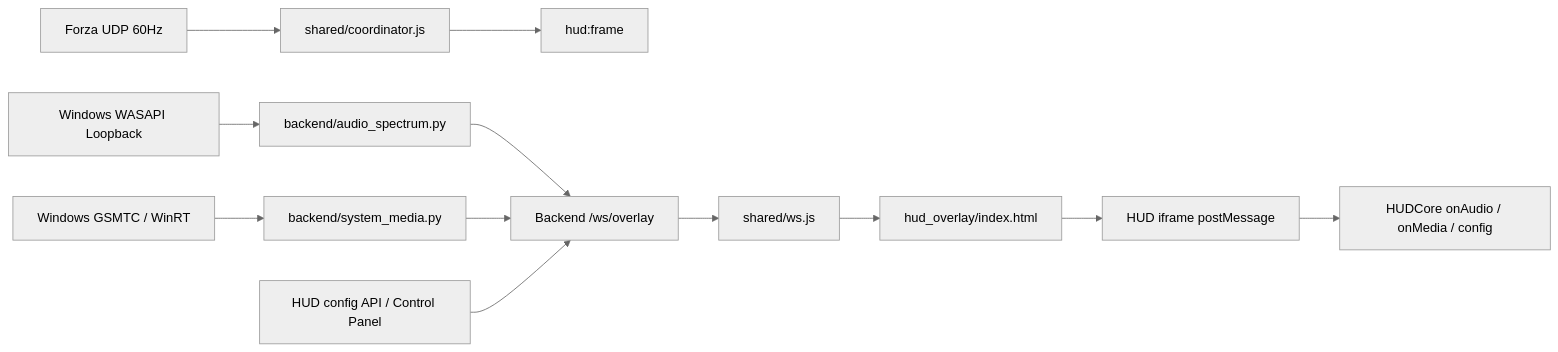
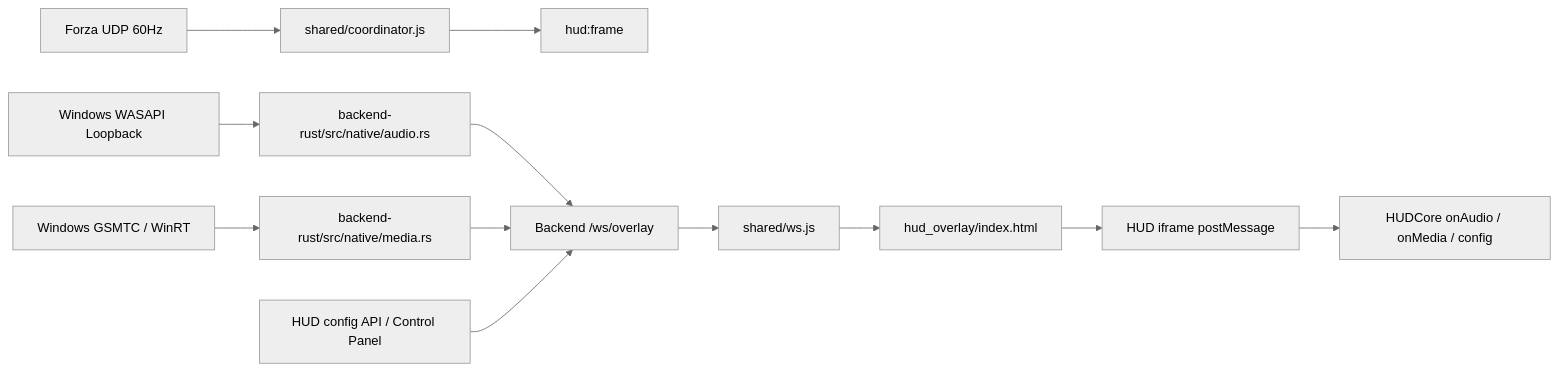
One commit to eddie772tw/FH6-HorizonTuner changed the second of 2 diagrams in hud_overlay/HUD_DEVELOPMENT_GUIDE.md. Above: the diagram before and after it, drawn with Mermaid (neutral theme). The commit also changed other lines of this file and 145 other files, not shown here.

Commit message:
feat(backend): harden Rust parity and retire Python runtime

````diff
--- a/hud_overlay/HUD_DEVELOPMENT_GUIDE.md
+++ b/hud_overlay/HUD_DEVELOPMENT_GUIDE.md
@@ -198,14 +198,14 @@
 ```mermaid
 flowchart LR
     Telemetry[Forza UDP 60Hz] --> Coordinator[shared/coordinator.js]
     Coordinator --> Frame[hud:frame]
-    Audio[Windows WASAPI Loopback] --> AudioService[backend/audio_spectrum.py]
-    Media[Windows GSMTC / WinRT] --> MediaService[backend/system_media.py]
+    Audio[Windows WASAPI Loopback] --> AudioService[backend-rust/src/native/audio.rs]
+    Media[Windows GSMTC / WinRT] --> MediaService[backend-rust/src/native/media.rs]
     AudioService --> OverlayWS[Backend /ws/overlay]
     MediaService --> OverlayWS
     Config[HUD config API / Control Panel] --> OverlayWS
     OverlayWS --> WS[shared/ws.js]
     WS --> Host[hud_overlay/index.html]
     Host --> IFrame[HUD iframe postMessage]
     IFrame --> Hooks[HUDCore onAudio / onMedia / config]
 ```
````
